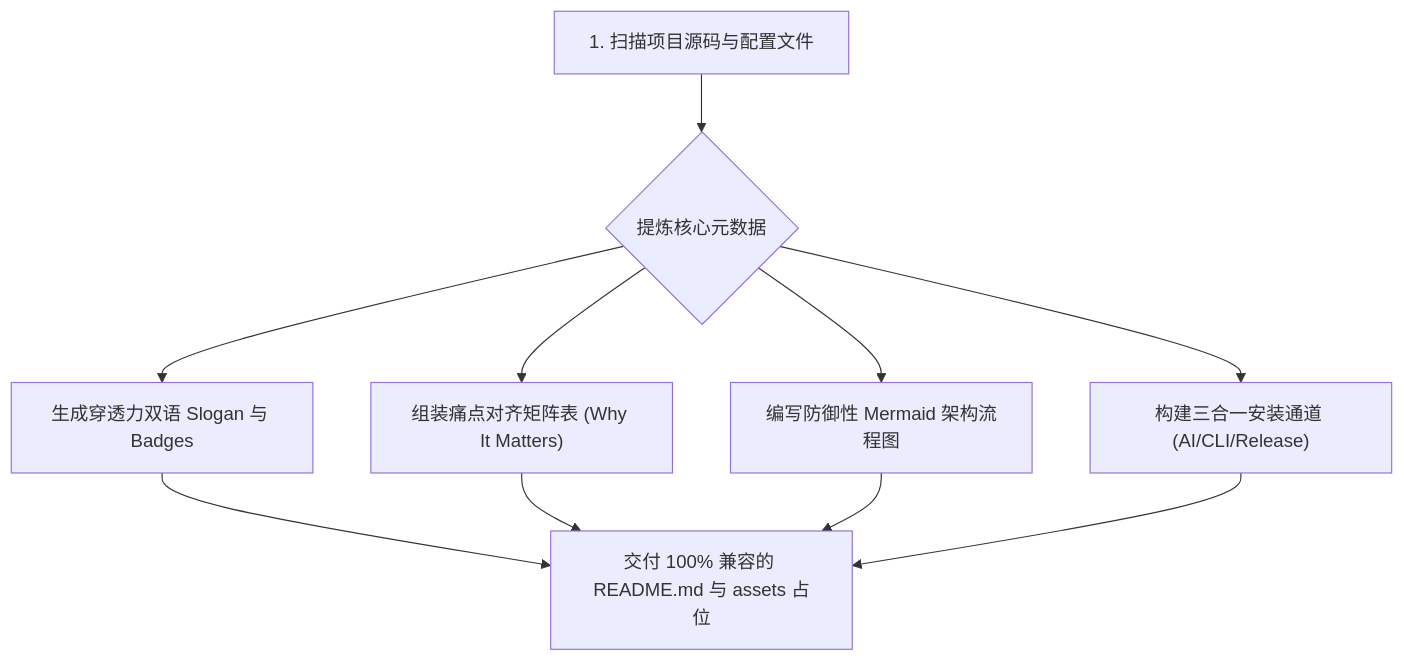
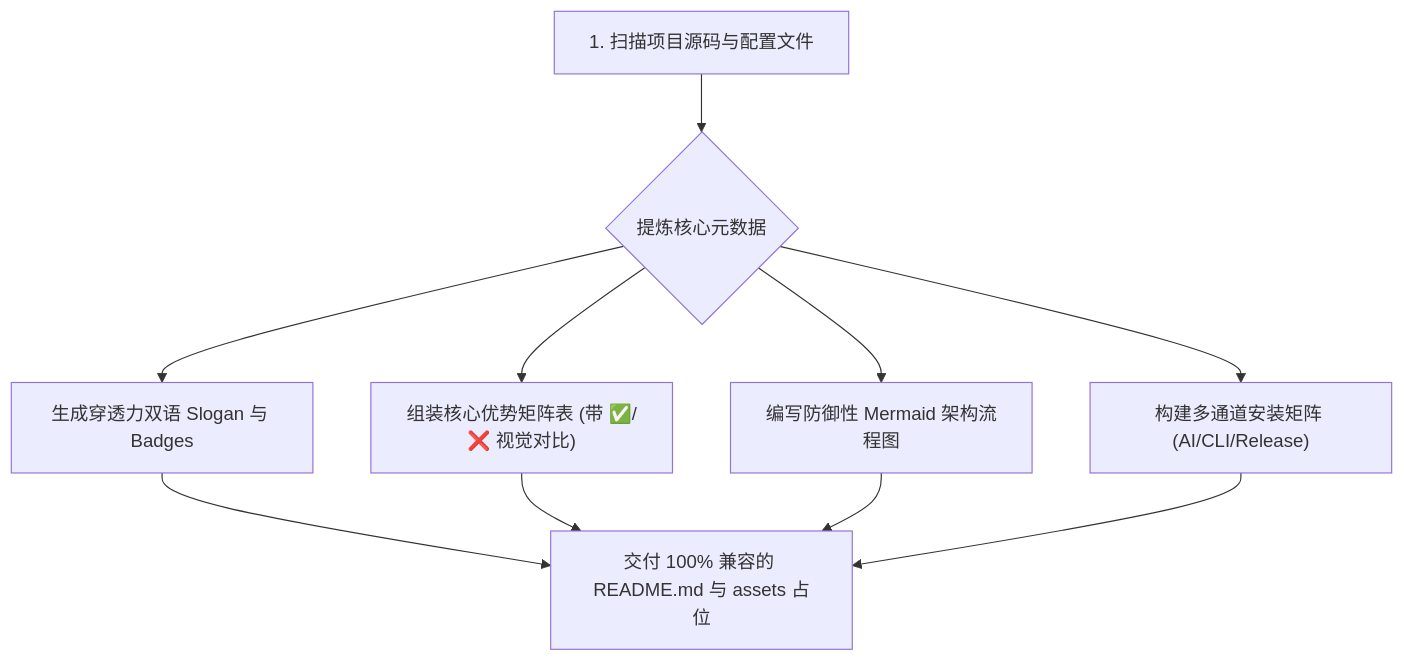
The diagram in README.md (guxiao7538/readme-craft), drawn with Mermaid before and after one commit. The commit also changed other lines of this file and 3 other files, not shown here.

````diff
--- a/README.md
+++ b/README.md
@@ -49,9 +49,9 @@
 ```mermaid
 flowchart TD
     A["1. 扫描项目源码与配置文件"] --> B{"提炼核心元数据"}
     B --> C1["生成穿透力双语 Slogan 与 Badges"]
-    B --> C2["组装痛点对齐矩阵表 (Why It Matters)"]
+    B --> C2["组装核心优势矩阵表 (带 ✅/❌ 视觉对比)"]
     B --> C3["编写防御性 Mermaid 架构流程图"]
-    B --> C4["构建三合一安装通道 (AI/CLI/Release)"]
+    B --> C4["构建多通道安装矩阵 (AI/CLI/Release)"]
     C1 & C2 & C3 & C4 --> D["交付 100% 兼容的 README.md 与 assets 占位"]
 ```
````
